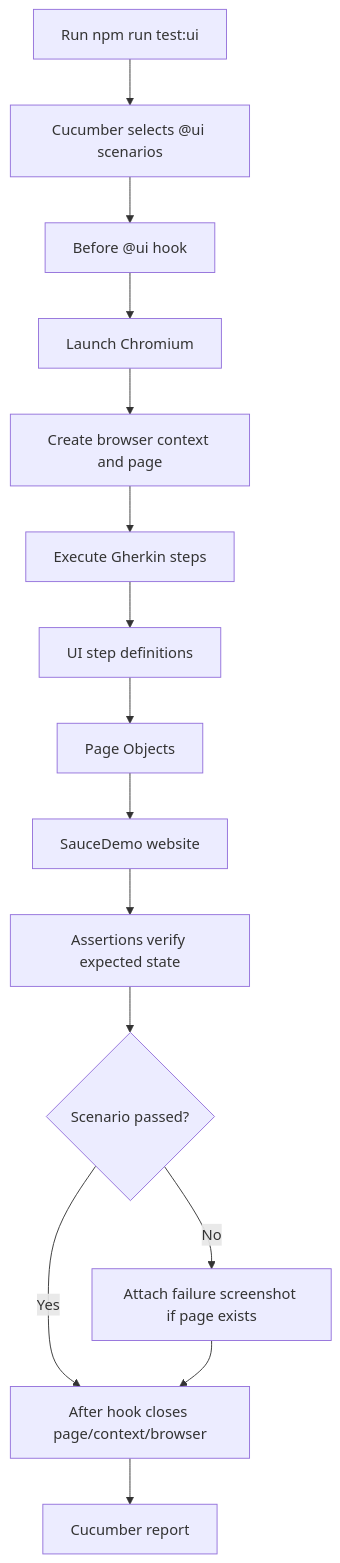
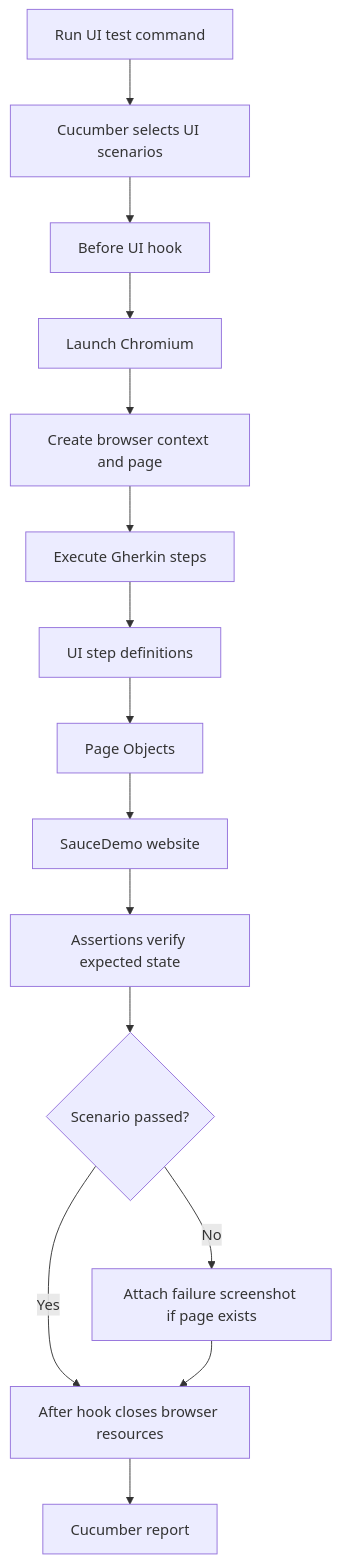
One commit to ankit19apr/sauce-demo-playwright-cucumber changed the third of 6 diagrams in README.md. Above: the diagram before and after it, drawn with Mermaid. The commit also changed other lines of this file, not shown here.

````diff
--- a/README.md
+++ b/README.md
@@ -218,17 +215,17 @@
 ```mermaid
 flowchart TD
-A["Run npm run test:ui"] --> B["Cucumber selects @ui scenarios"]
-B --> C["Before @ui hook"]
+A["Run UI test command"] --> B["Cucumber selects UI scenarios"]
+B --> C["Before UI hook"]
 C --> D["Launch Chromium"]
 D --> E["Create browser context and page"]
 E --> F["Execute Gherkin steps"]
 F --> G["UI step definitions"]
 G --> H["Page Objects"]
 H --> I["SauceDemo website"]
 I --> J["Assertions verify expected state"]
 J --> K{"Scenario passed?"}
-K -->|Yes| L["After hook closes page/context/browser"]
+K -->|Yes| L["After hook closes browser resources"]
 K -->|No| M["Attach failure screenshot if page exists"]
 M --> L
 L --> N["Cucumber report"]
 ```
````
